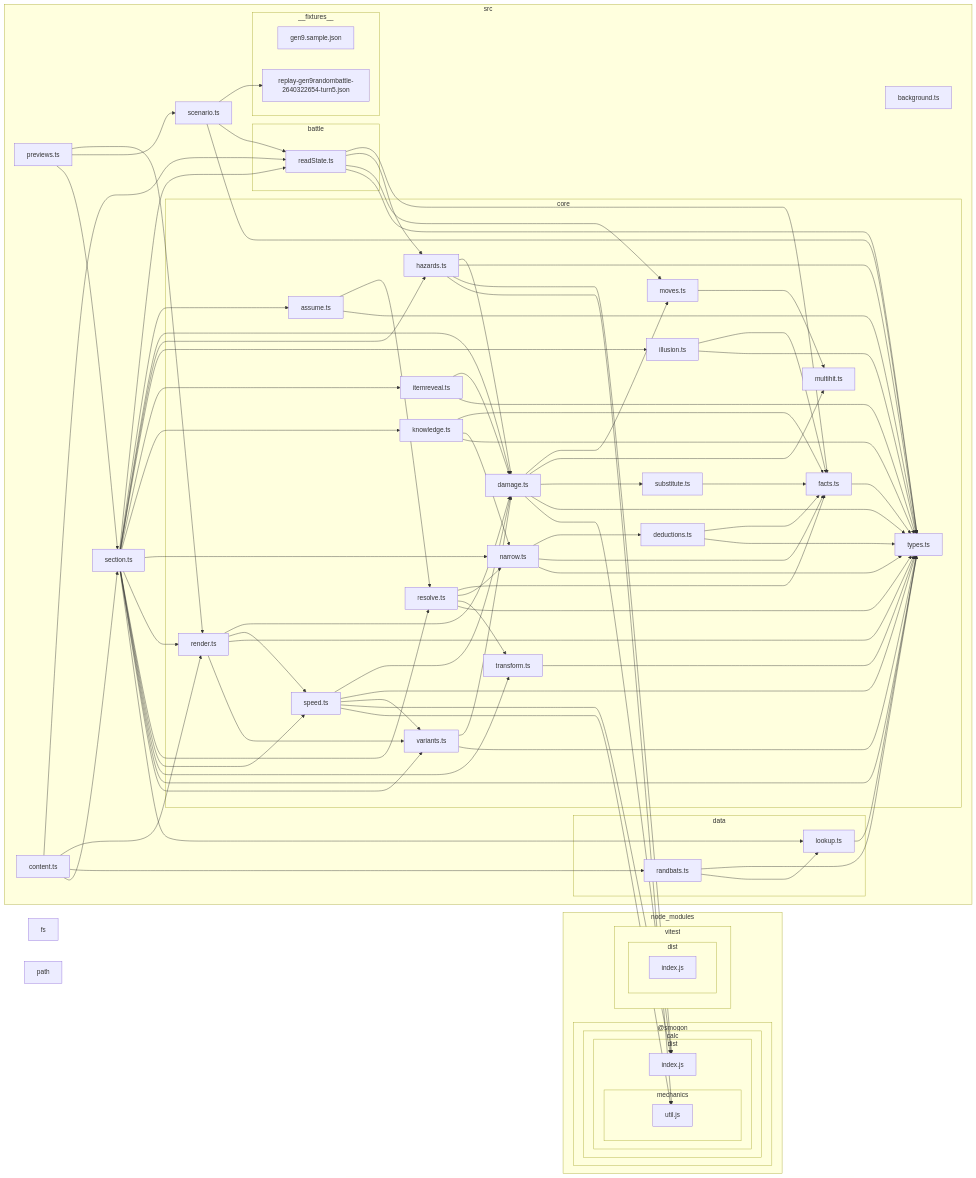
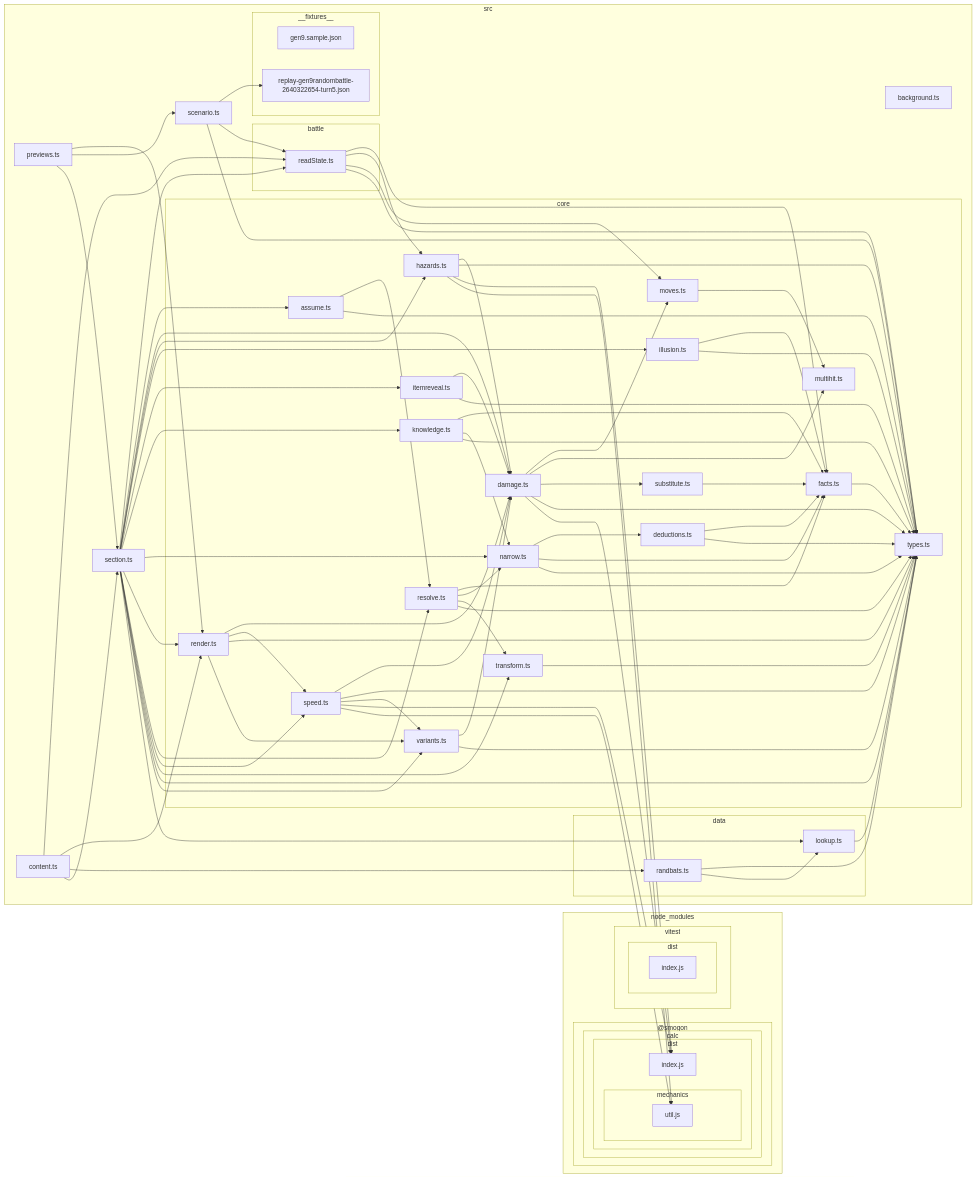
Before and after one commit to seanaujong/hi-chu: the diagram in docs/architecture-graph.md, drawn with Mermaid. The commit also changed other lines of this file and 23 other files, not shown here.

````diff
--- a/docs/architecture-graph.md
+++ b/docs/architecture-graph.md
@@ -47,12 +47,12 @@
 S["lookup.ts"]
 end
 T["section.ts"]
-subgraph 14["__fixtures__"]
-15["gen9.sample.json"]
-18["replay-gen9randombattle-2640322654-turn5.json"]
+subgraph 12["__fixtures__"]
+13["gen9.sample.json"]
+16["replay-gen9randombattle-2640322654-turn5.json"]
 end
-16["previews.ts"]
-17["scenario.ts"]
+14["previews.ts"]
+15["scenario.ts"]
 end
 subgraph 2["node_modules"]
 subgraph 3["vitest"]
@@ -71,8 +71,6 @@
 end
 end
 end
-12["fs"]
-13["path"]
 7-->9
 7-->B
 7-->J
@@ -141,10 +139,10 @@
 11-->9
 11-->W
 11-->A
-16-->N
-16-->17
-16-->T
-17-->18
-17-->7
-17-->A
+14-->N
+14-->15
+14-->T
+15-->16
+15-->7
+15-->A
 ```
````
